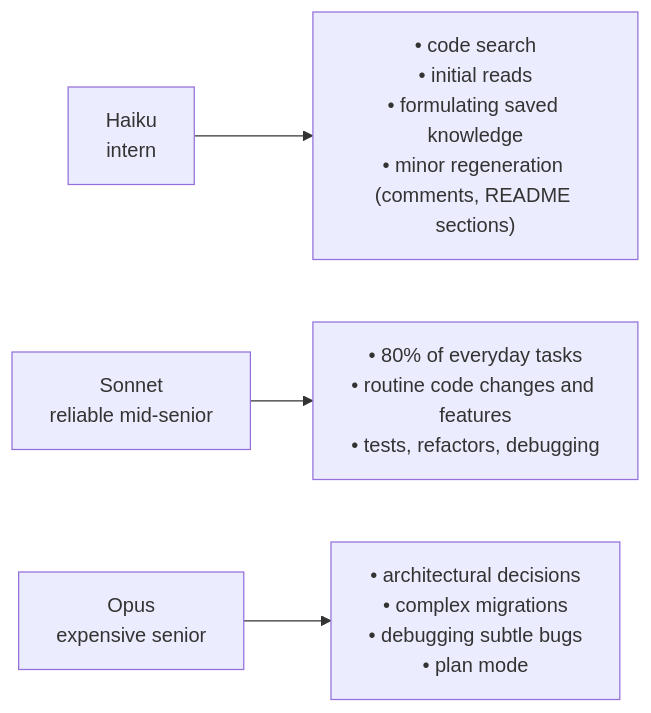
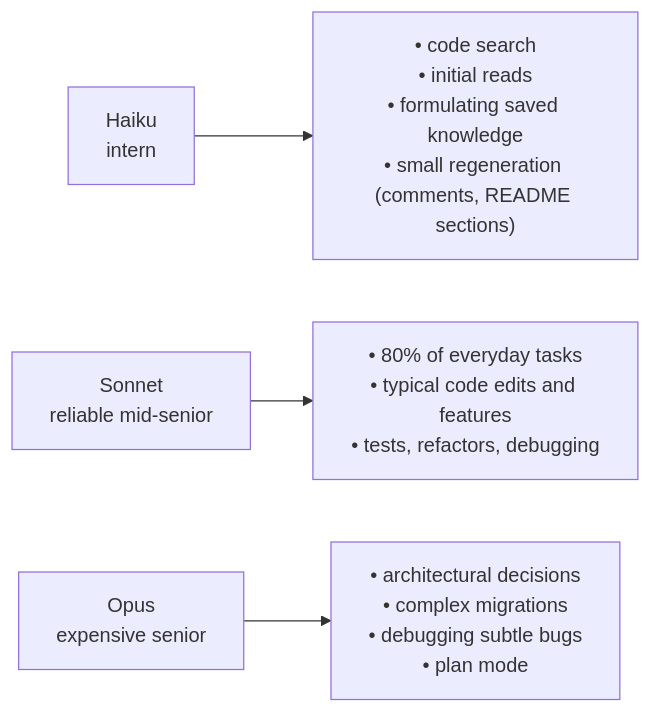
The first of 2 diagrams in src/content/posts/en/11-models-and-pricing.md (node-develop/astro-blog), drawn with Mermaid before and after one commit. The commit also changed other lines of this file and 29 other files, not shown here.

````diff
--- a/src/content/posts/en/11-models-and-pricing.md
+++ b/src/content/posts/en/11-models-and-pricing.md
@@ -56,6 +76,6 @@
 ```mermaid
 flowchart LR
-  haiku["Haiku<br/>intern"] --> hcase["• code search<br/>• initial reads<br/>• formulating saved knowledge<br/>• minor regeneration (comments, README sections)"]
-  sonnet["Sonnet<br/>reliable mid-senior"] --> scase["• 80% of everyday tasks<br/>• routine code changes and features<br/>• tests, refactors, debugging"]
+  haiku["Haiku<br/>intern"] --> hcase["• code search<br/>• initial reads<br/>• formulating saved knowledge<br/>• small regeneration (comments, README sections)"]
+  sonnet["Sonnet<br/>reliable mid-senior"] --> scase["• 80% of everyday tasks<br/>• typical code edits and features<br/>• tests, refactors, debugging"]
   opus["Opus<br/>expensive senior"] --> ocase["• architectural decisions<br/>• complex migrations<br/>• debugging subtle bugs<br/>• plan mode"]
 ```
````
